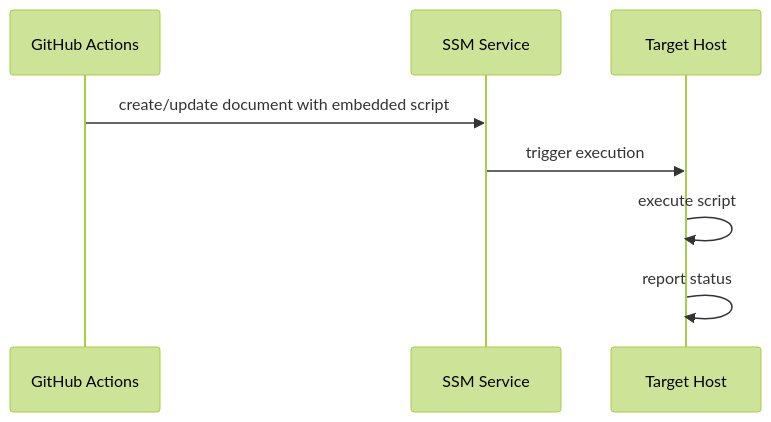
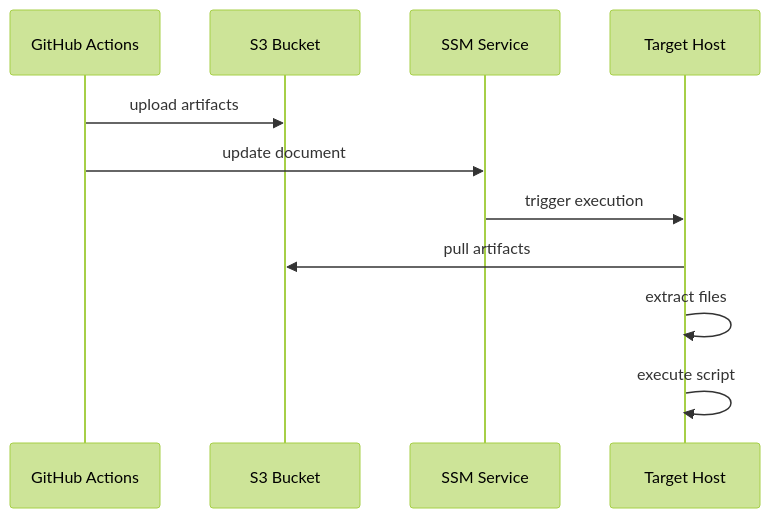
Before and after one commit to realsensesolutions/actions-aws-host-exec: the second of 2 diagrams in README.md, drawn with Mermaid (forest theme). The commit also changed other lines of this file and 7 other files, not shown here.

First line of the commit message:
Add artifact support for script execution via SSM

````diff
--- a/README.md
+++ b/README.md
@@ -31,11 +33,14 @@
 ```mermaid
 sequenceDiagram
     participant GA as GitHub Actions
+    participant S3 as S3 Bucket
     participant SSM as SSM Service
     participant Host as Target Host
 
-    GA->>SSM: create/update document with embedded script
+    GA->>S3: upload artifacts
+    GA->>SSM: update document
     SSM->>Host: trigger execution
+    Host->>S3: pull artifacts
+    Host->>Host: extract files
     Host->>Host: execute script
-    Host->>Host: report status
 ```
````
